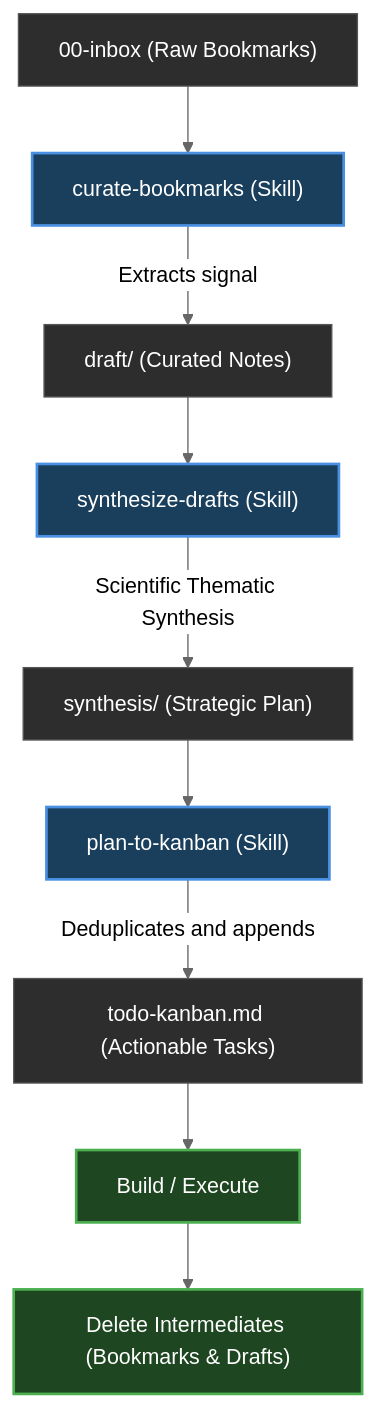
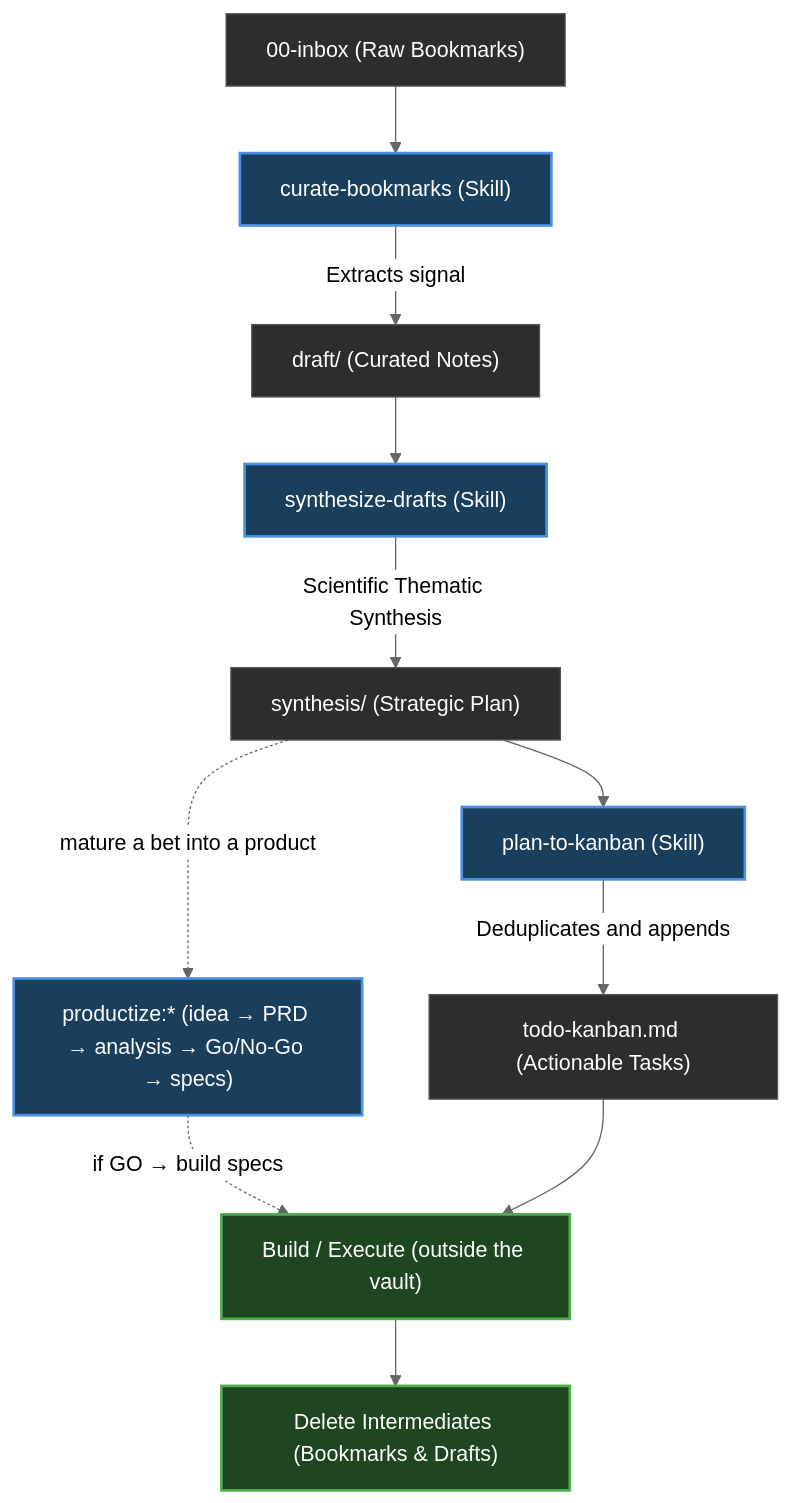
The diagram in vault/99-system/documentation/second-brain-operating-system.md (ibrahimkobeissy/ai-second-brain-template), drawn with Mermaid (neutral theme) before and after one commit. The commit also changed other lines of this file and 4 other files, not shown here.

````diff
--- a/vault/99-system/documentation/second-brain-operating-system.md
+++ b/vault/99-system/documentation/second-brain-operating-system.md
@@ -25,31 +25,34 @@
 ```mermaid
 flowchart TD
     %% Nodes
     Inbox["00-inbox (Raw Bookmarks)"]
     Curate["curate-bookmarks (Skill)"]
     Draft["draft/ (Curated Notes)"]
     Synthesize["synthesize-drafts (Skill)"]
     Plan["synthesis/ (Strategic Plan)"]
     Extract["plan-to-kanban (Skill)"]
     Kanban["todo-kanban.md (Actionable Tasks)"]
-    Execute["Build / Execute"]
+    Productize["productize:* (idea → PRD → analysis → Go/No-Go → specs)"]
+    Execute["Build / Execute (outside the vault)"]
     Prune["Delete Intermediates (Bookmarks & Drafts)"]
     
     %% Flow
     Inbox --> Curate
     Curate -->|Extracts signal| Draft
     Draft --> Synthesize
     Synthesize -->|Scientific Thematic Synthesis| Plan
     Plan --> Extract
     Extract -->|Deduplicates and appends| Kanban
+    Plan -.->|mature a bet into a product| Productize
+    Productize -.->|if GO → build specs| Execute
     Kanban --> Execute
     Execute --> Prune
     
     classDef file fill:#2d2d2d,stroke:#555,stroke-width:1px,color:#fff
     classDef skill fill:#1a3f5c,stroke:#4a90e2,stroke-width:2px,color:#fff
     classDef action fill:#1e4620,stroke:#4caf50,stroke-width:2px,color:#fff
     
     class Inbox,Draft,Plan,Kanban file
-    class Curate,Synthesize,Extract skill
+    class Curate,Synthesize,Extract,Productize skill
     class Execute,Prune action
 ```
````
